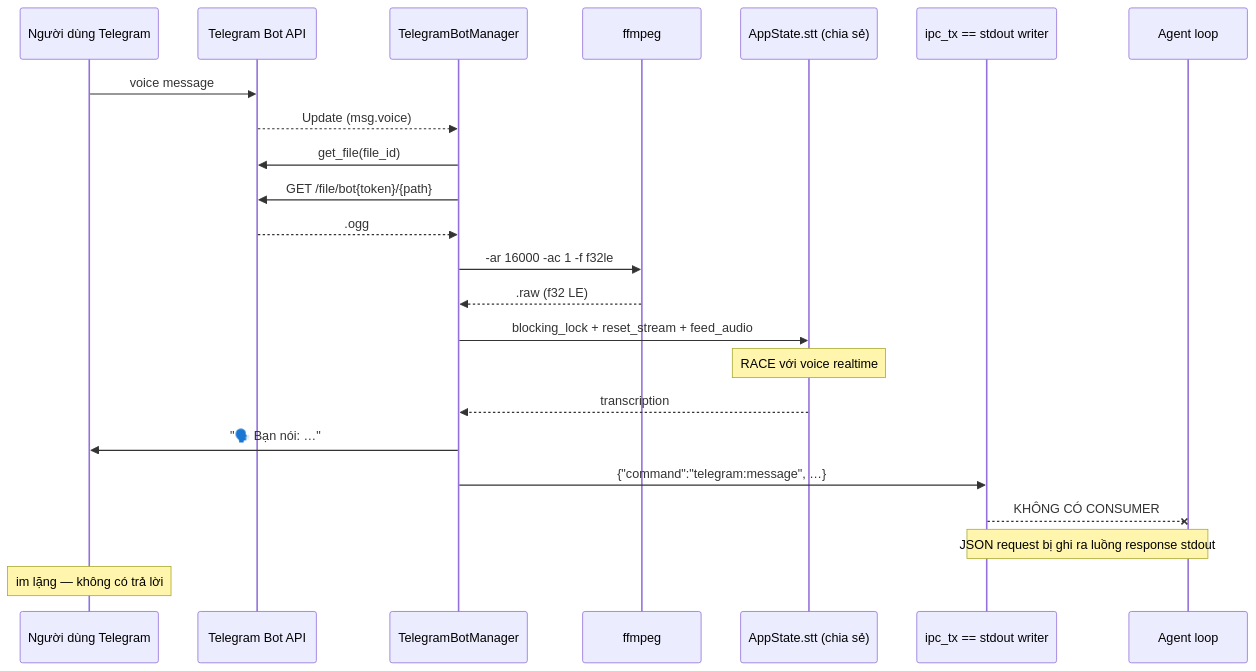
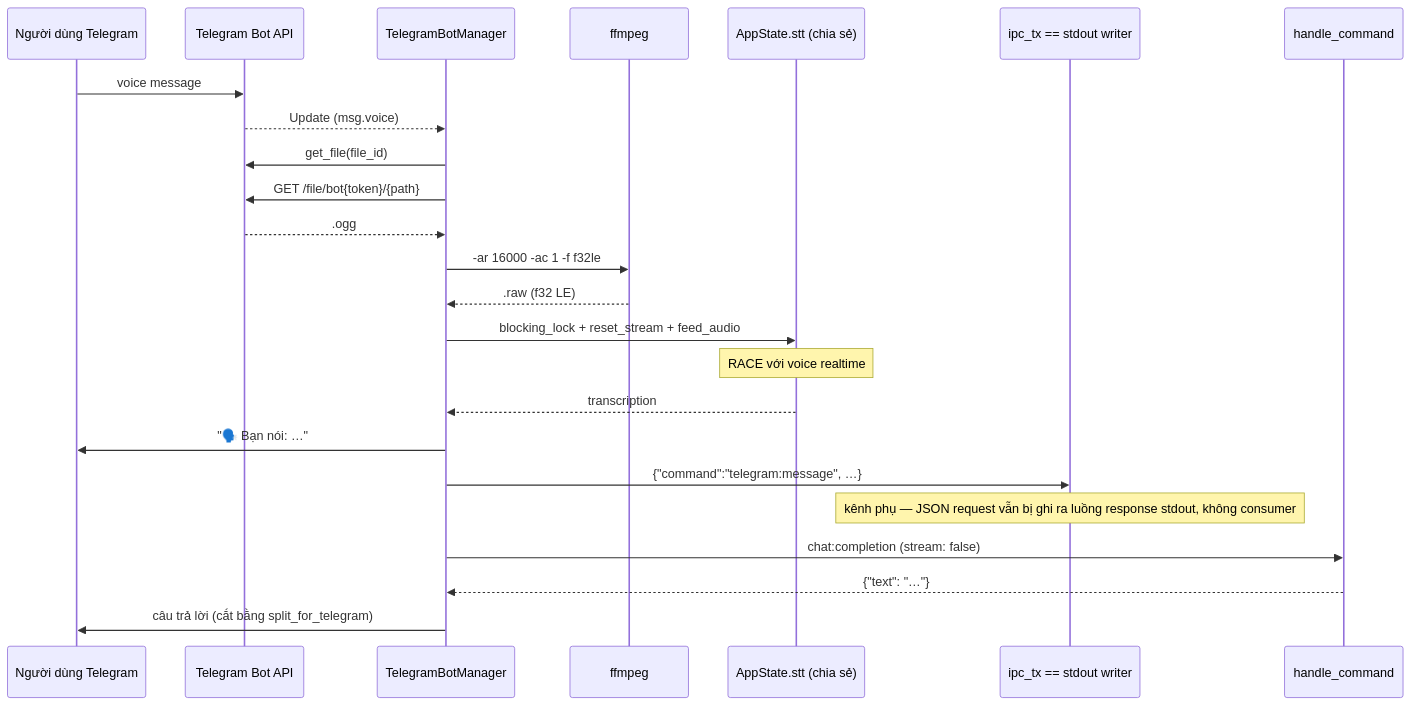
One commit to DuongNAD/LIVA changed the third of 4 diagrams in docs/01-ban-ve/09-tich-hop-ngoai.md. Above: the diagram before and after it, drawn with Mermaid. The commit also changed other lines of this file and 11 other files, not shown here.

````diff
--- a/docs/01-ban-ve/09-tich-hop-ngoai.md
+++ b/docs/01-ban-ve/09-tich-hop-ngoai.md
@@ -337,26 +346,27 @@
 ```mermaid
 sequenceDiagram
     participant U as Người dùng Telegram
     participant API as Telegram Bot API
     participant BOT as TelegramBotManager
     participant FF as ffmpeg
     participant STT as AppState.stt (chia sẻ)
     participant TX as ipc_tx == stdout writer
-    participant AGENT as Agent loop
+    participant HC as handle_command
 
     U->>API: voice message
     API-->>BOT: Update (msg.voice)
     BOT->>API: get_file(file_id)
     BOT->>API: GET /file/bot{token}/{path}
     API-->>BOT: .ogg
     BOT->>FF: -ar 16000 -ac 1 -f f32le
     FF-->>BOT: .raw (f32 LE)
     BOT->>STT: blocking_lock + reset_stream + feed_audio
     Note over STT: RACE với voice realtime
     STT-->>BOT: transcription
     BOT->>U: "🗣️ Bạn nói: …"
     BOT->>TX: {"command":"telegram:message", …}
-    TX--xAGENT: KHÔNG CÓ CONSUMER
-    Note over TX,AGENT: JSON request bị ghi ra luồng response stdout
-    Note over U: im lặng — không có trả lời
+    Note over TX: kênh phụ — JSON request vẫn bị ghi ra luồng response stdout, không consumer
+    BOT->>HC: chat:completion (stream: false)
+    HC-->>BOT: {"text": "…"}
+    BOT->>U: câu trả lời (cắt bằng split_for_telegram)
 ```
````
